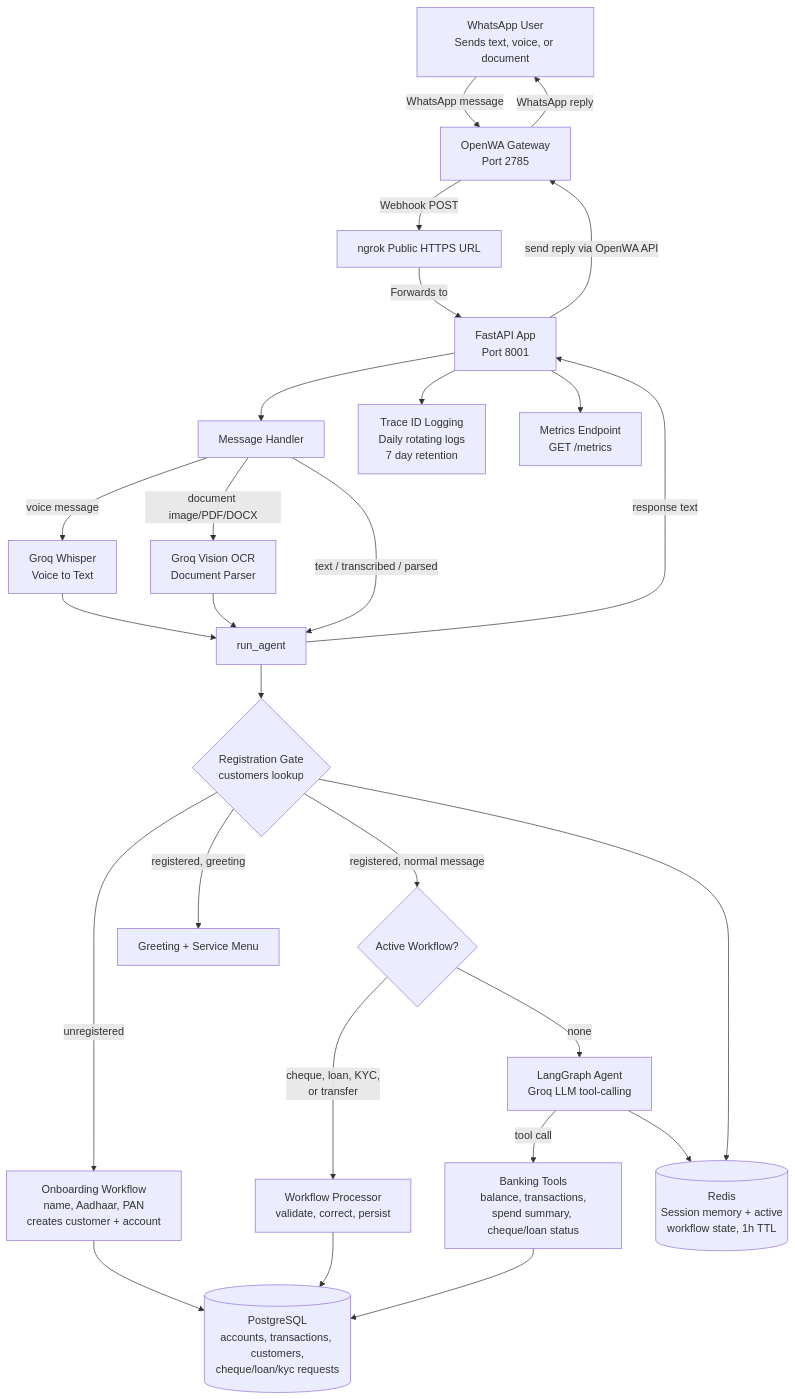
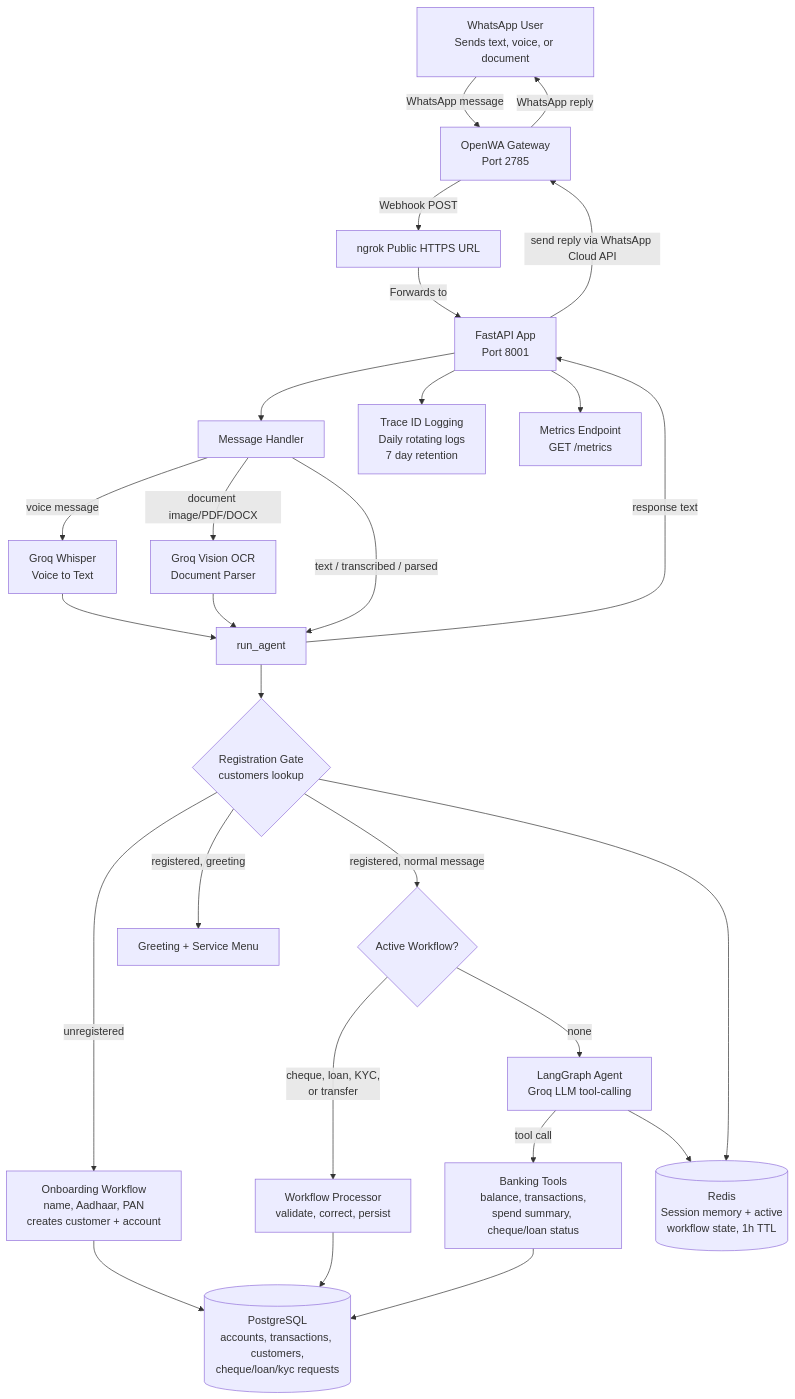
The diagram in README.md (thotachinmai-hash/Whatsapp_banking), drawn with Mermaid before and after one commit. The commit also changed other lines of this file and 6 other files, not shown here.

Commit message:
changed from rigid to flexible flow with WA integration

````diff
--- a/README.md
+++ b/README.md
@@ -28,29 +28,29 @@
 ```mermaid
 flowchart TD
     A[WhatsApp User\nSends text, voice, or document] -->|WhatsApp message| B[OpenWA Gateway\nPort 2785]
     B -->|Webhook POST| C[ngrok Public HTTPS URL]
     C -->|Forwards to| D[FastAPI App\nPort 8001]
     D --> E[Message Handler]
     E -->|voice message| F[Groq Whisper\nVoice to Text]
     E -->|document image/PDF/DOCX| DOC[Groq Vision OCR\nDocument Parser]
     E -->|text / transcribed / parsed| G[run_agent]
     F --> G
     DOC --> G
     G --> RG{Registration Gate\ncustomers lookup}
     RG -->|unregistered| ONB[Onboarding Workflow\nname, Aadhaar, PAN\ncreates customer + account]
     RG -->|registered, greeting| MENU[Greeting + Service Menu]
     RG -->|registered, normal message| WF{Active Workflow?}
     WF -->|cheque, loan, KYC,\nor transfer| CHQ[Workflow Processor\nvalidate, correct, persist]
     WF -->|none| H[LangGraph Agent\nGroq LLM tool-calling]
     H -->|tool call| I[Banking Tools\nbalance, transactions,\nspend summary, cheque/loan status]
     I --> J[(PostgreSQL\naccounts, transactions, customers,\ncheque/loan/kyc requests)]
     ONB --> J
     CHQ --> J
     H --> K[(Redis\nSession memory + active\nworkflow state, 1h TTL)]
     RG --> K
     G -->|response text| D
-    D -->|send reply via OpenWA API| B
+    D -->|send reply via WhatsApp Cloud API| B
     B -->|WhatsApp reply| A
     D --> L[Trace ID Logging\nDaily rotating logs\n7 day retention]
     D --> M[Metrics Endpoint\nGET /metrics]
 ```
````
